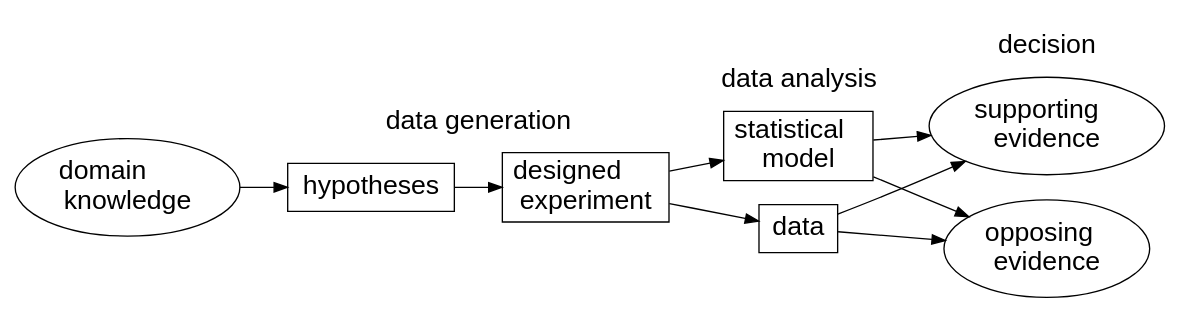
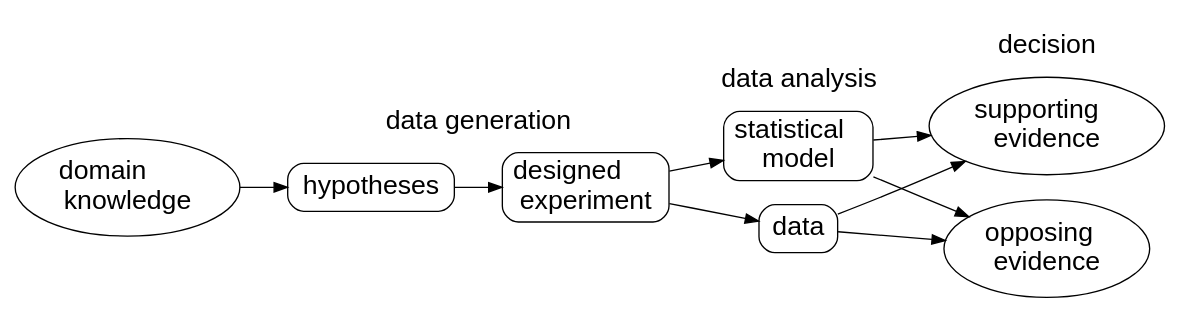
The first of 2 diagrams in materials/slides/week1-perspectives.qmd (pstat197/pstat197a), drawn with Graphviz before and after one commit. The commit also changed other lines of this file and 11 other files, not shown here.

````diff
--- a/materials/slides/week1-perspectives.qmd
+++ b/materials/slides/week1-perspectives.qmd
@@ -170,57 +170,58 @@
 ```{dot}
 digraph confirm {
   
   layout = dot
   rankdir = LR
   fontname = "sans-serif"
   fontsize = "20pt"
   
   node [
       shape = rectangle,
       fontsize = "20pt",
-      fontname = "sans-serif"
+      fontname = "sans-serif",
+      style="rounded"
       ]
 
   sci [
     label = "domain \lknowledge", 
     shape = ellipse
     ]
   
   subgraph cluster_1{
     color = white
     
     hyp [label = "hypotheses"]
     exp [label = "designed \lexperiment"]
     
     label = "data generation"
   }
   
   subgraph cluster_2 {
     color = white
     
     mdl [label = "statistical \lmodel"]
     dat [label = "data"]
     
     label = "data analysis"
   }
   
   subgraph cluster_3 {
     color = white
     node [shape = ellipse]
     
     yay [label = "supporting \levidence"]
     nay [label = "opposing \levidence"]
     
     label = "decision"
   }
   sci -> hyp
   hyp -> exp
   exp -> dat
   exp -> mdl
   dat -> yay
   dat -> nay
   mdl -> yay
   mdl -> nay
 
 }
 ```
````
